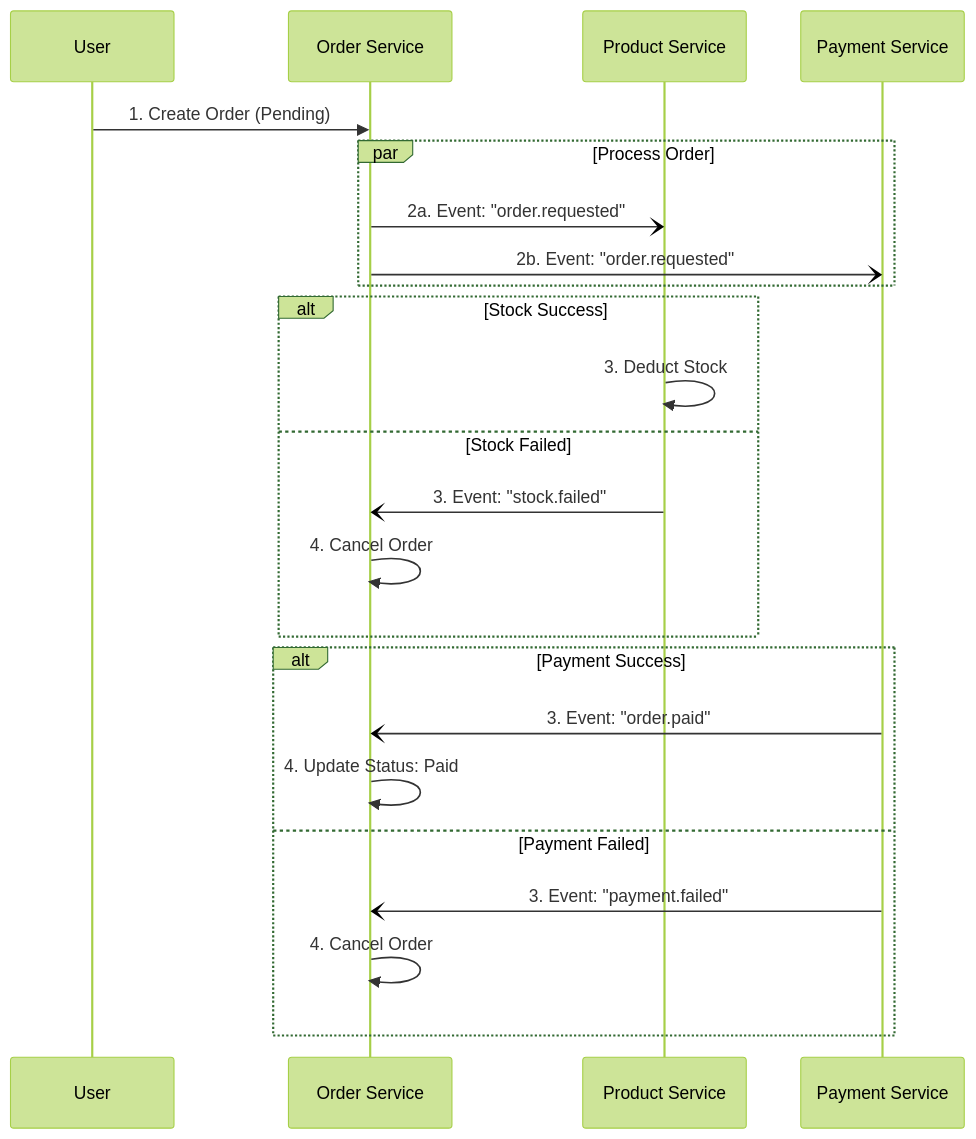
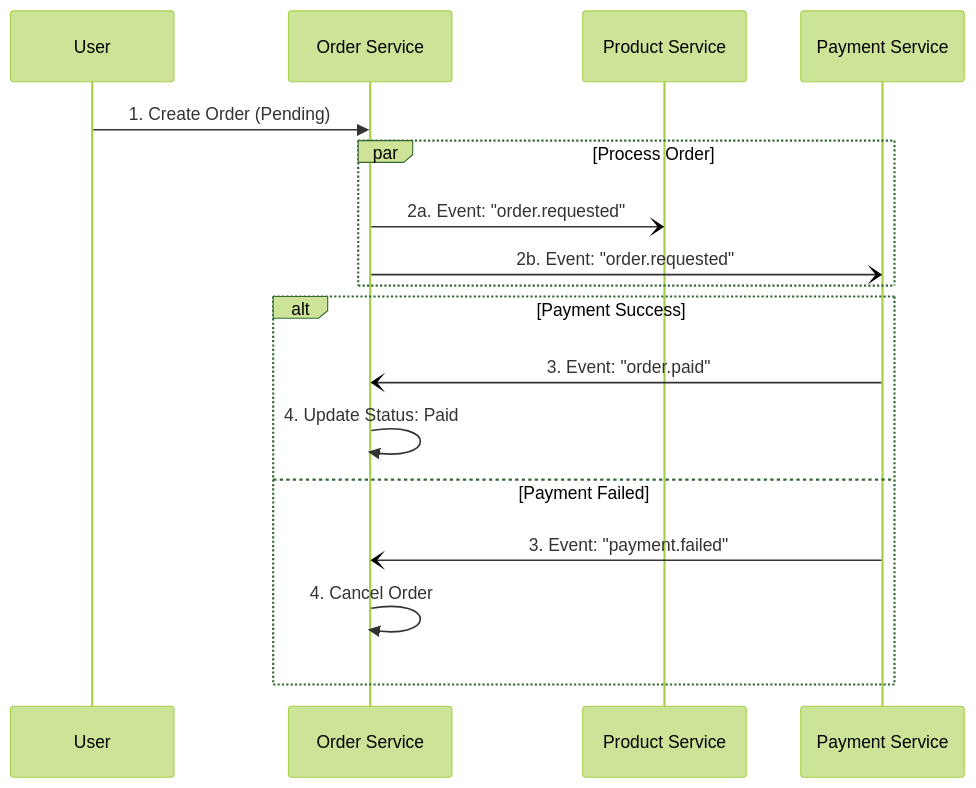
One commit to phanthehoang2503/small-project-service changed the first of 2 diagrams in README.md. Above: the diagram before and after it, drawn with Mermaid (forest theme). The commit also changed other lines of this file, not shown here.

````diff
--- a/README.md
+++ b/README.md
@@ -13,29 +13,22 @@
 ```mermaid
 sequenceDiagram
     participant User
     participant Order as Order Service
     participant Product as Product Service
     participant Payment as Payment Service
     
     User->>Order: 1. Create Order (Pending)
     
     par Process Order
         Order-)Product: 2a. Event: "order.requested"
         Order-)Payment: 2b. Event: "order.requested"
     end
     
-    alt Stock Success
-        Product->>Product: 3. Deduct Stock
-    else Stock Failed
-        Product-)Order: 3. Event: "stock.failed"
-        Order->>Order: 4. Cancel Order
-    end
-
     alt Payment Success
         Payment-)Order: 3. Event: "order.paid"
         Order->>Order: 4. Update Status: Paid
     else Payment Failed
         Payment-)Order: 3. Event: "payment.failed"
         Order->>Order: 4. Cancel Order
     end
 ```
````
